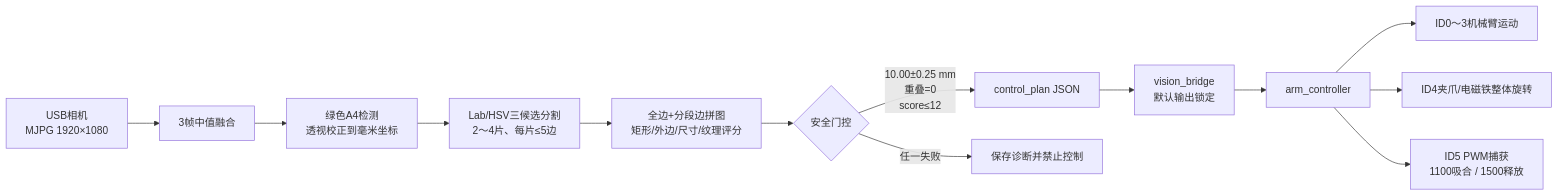
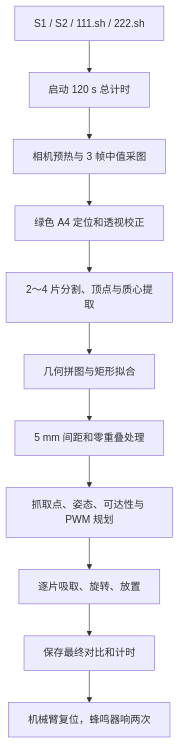
The first of 2 diagrams in puzzle_vision/视觉到电控整体技术文档.md (zheng980722/km1-arm-puzzle-final), drawn with Mermaid before and after one commit. The commit also changed other lines of this file and 74 other files, not shown here.

````diff
--- a/puzzle_vision/视觉到电控整体技术文档.md
+++ b/puzzle_vision/视觉到电控整体技术文档.md
@@ -23,15 +10,13 @@
 ```mermaid
-flowchart LR
-    A["USB相机<br/>MJPG 1920×1080"] --> B["3帧中值融合"]
-    B --> C["绿色A4检测<br/>透视校正到毫米坐标"]
-    C --> D["Lab/HSV三候选分割<br/>2～4片、每片≤5边"]
-    D --> E["全边+分段边拼图<br/>矩形/外边/尺寸/纹理评分"]
-    E --> F{"安全门控"}
-    F -->|"10.00±0.25 mm<br/>重叠=0<br/>score≤12"| G["control_plan JSON"]
-    F -->|"任一失败"| H["保存诊断并禁止控制"]
-    G --> I["vision_bridge<br/>默认输出锁定"]
-    I --> J["arm_controller"]
-    J --> K["ID0～3机械臂运动"]
-    J --> L["ID4夹爪/电磁铁整体旋转"]
-    J --> M["ID5 PWM捕获<br/>1100吸合 / 1500释放"]
+flowchart TD
+    A["S1 / S2 / 111.sh / 222.sh"] --> B["启动 120 s 总计时"]
+    B --> C["相机预热与 3 帧中值采图"]
+    C --> D["绿色 A4 定位和透视校正"]
+    D --> E["2～4 片分割、顶点与质心提取"]
+    E --> F["几何拼图与矩形拟合"]
+    F --> G["5 mm 间距和零重叠处理"]
+    G --> H["抓取点、姿态、可达性与 PWM 规划"]
+    H --> I["逐片吸取、旋转、放置"]
+    I --> J["保存最终对比和计时"]
+    J --> K["机械臂复位，蜂鸣器响两次"]
 ```
````
